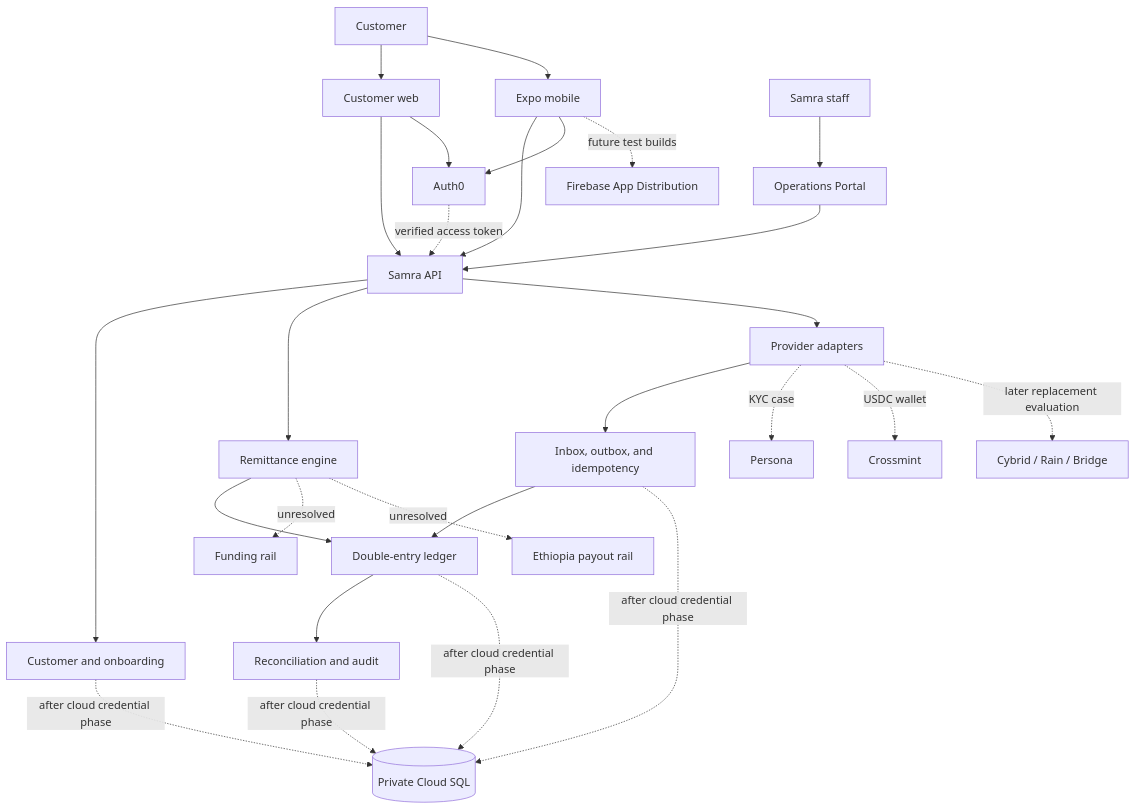
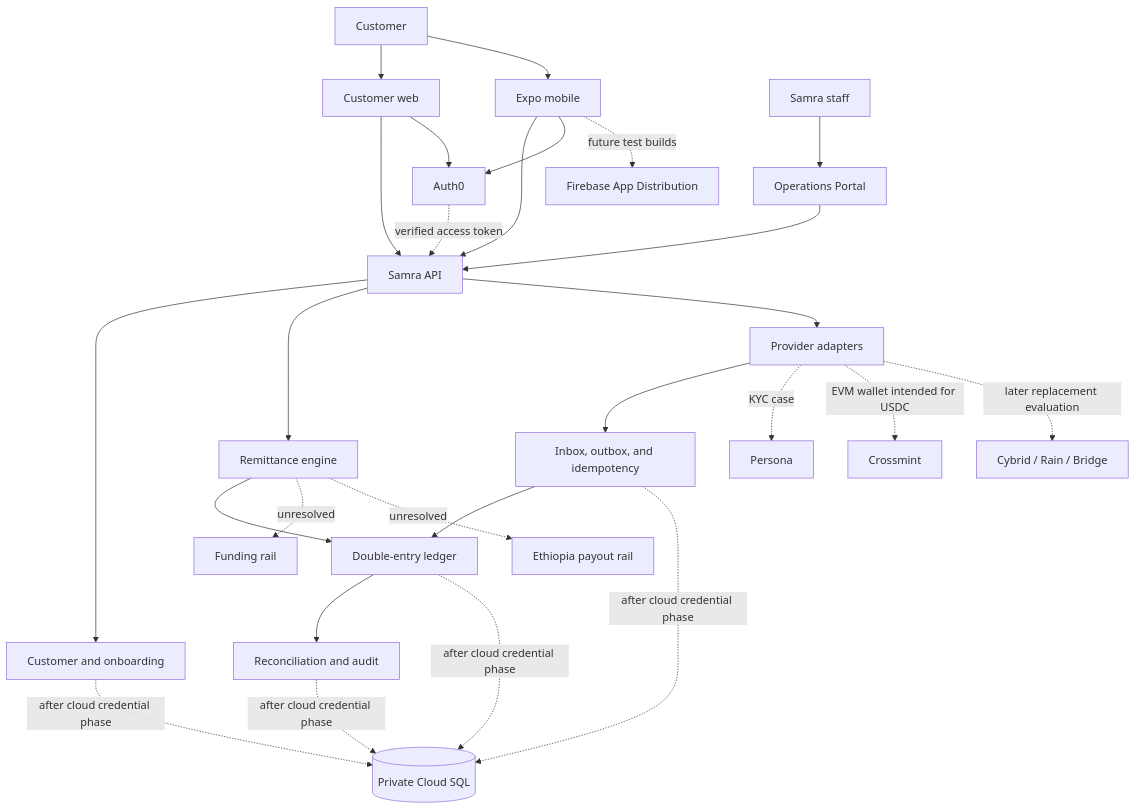
The diagram in docs/architecture/alpha-platform.md (samra-pay/Samra-Pay), drawn with Mermaid before and after one commit. The commit also changed other lines of this file and 66 other files, not shown here.

````diff
--- a/docs/architecture/alpha-platform.md
+++ b/docs/architecture/alpha-platform.md
@@ -29,34 +31,34 @@
 ```mermaid
 flowchart TB
   customer[Customer] --> web[Customer web]
   customer --> mobile[Expo mobile]
   staff[Samra staff] --> ops[Operations Portal]
 
   web --> api[Samra API]
   mobile --> api
   ops --> api
 
   api --> profile[Customer and onboarding]
   api --> transfer[Remittance engine]
   api --> adapters[Provider adapters]
   transfer --> ledger[Double-entry ledger]
   adapters --> events[Inbox, outbox, and idempotency]
   events --> ledger
   ledger --> recon[Reconciliation and audit]
 
   profile -. after cloud credential phase .-> postgres[(Private Cloud SQL)]
   ledger -. after cloud credential phase .-> postgres
   events -. after cloud credential phase .-> postgres
   recon -. after cloud credential phase .-> postgres
 
   web --> auth0[Auth0]
   mobile --> auth0
   auth0 -. verified access token .-> api
   adapters -. KYC case .-> persona[Persona]
-  adapters -. USDC wallet .-> crossmint[Crossmint]
+  adapters -. EVM wallet intended for USDC .-> crossmint[Crossmint]
   adapters -. later replacement evaluation .-> alternatives[Cybrid / Rain / Bridge]
   transfer -. unresolved .-> funding[Funding rail]
   transfer -. unresolved .-> payout[Ethiopia payout rail]
 
   mobile -. future test builds .-> firebase[Firebase App Distribution]
 ```
````
